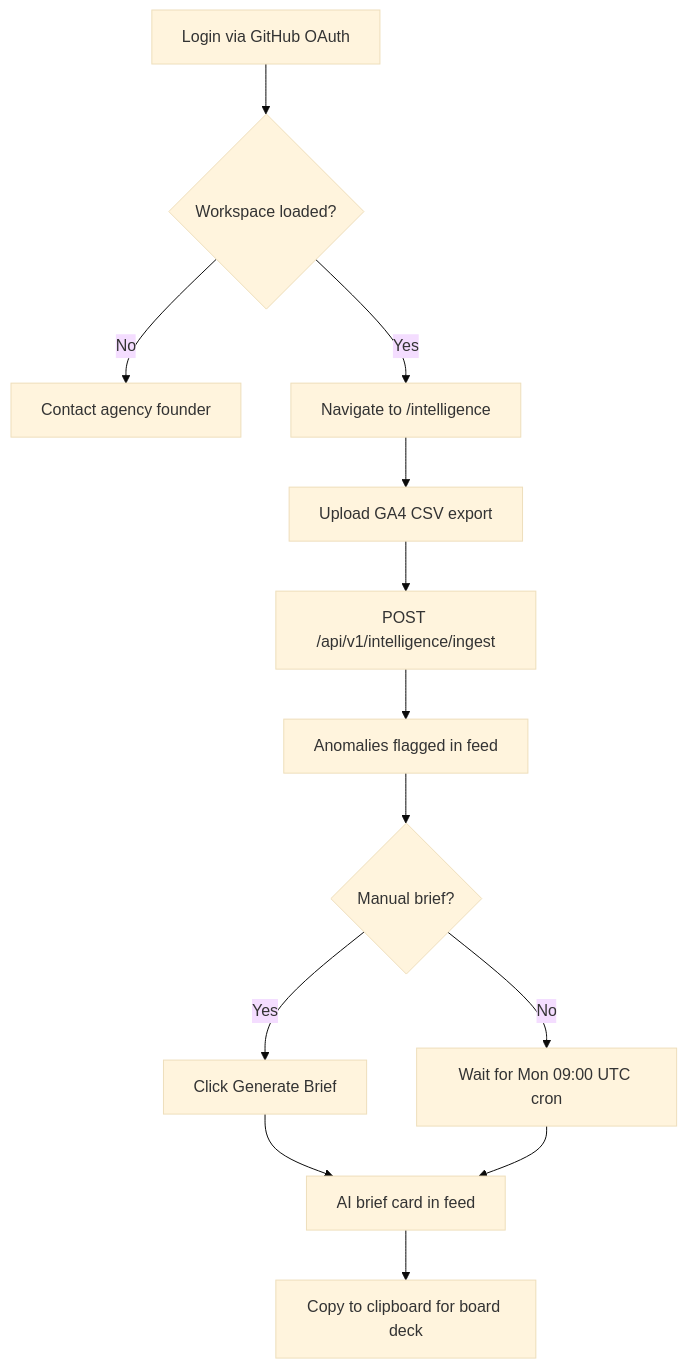
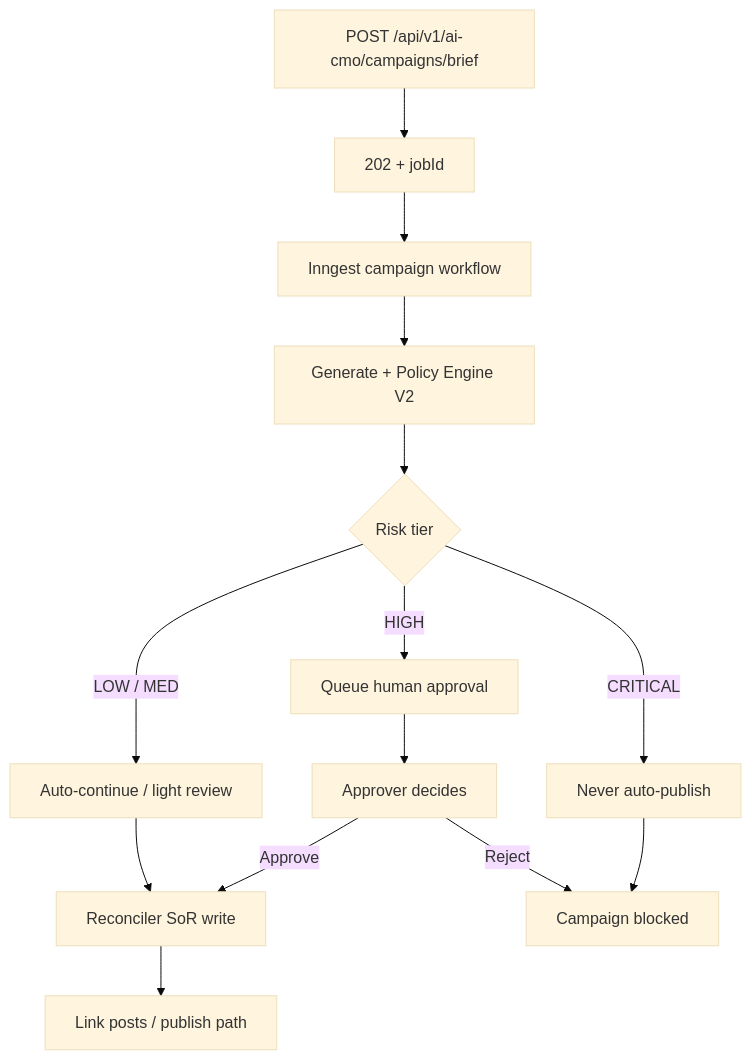
One commit to waleedhewalla78-sudo/NEXUS changed the second of 4 diagrams in nexus-social-app/docs/NEXUS-PRD.md. Above: the diagram before and after it, drawn with Mermaid (base theme). The commit also changed other lines of this file and 3 other files, not shown here.

````diff
--- a/nexus-social-app/docs/NEXUS-PRD.md
+++ b/nexus-social-app/docs/NEXUS-PRD.md
@@ -286,15 +357,16 @@
 ```mermaid
 flowchart TD
-    A[Login via GitHub OAuth] --> B{Workspace loaded?}
-    B -->|No| C[Contact agency founder]
-    B -->|Yes| D[Navigate to /intelligence]
-    D --> E[Upload GA4 CSV export]
-    E --> F[POST /api/v1/intelligence/ingest]
-    F --> G[Anomalies flagged in feed]
-    G --> H{Manual brief?}
-    H -->|Yes| I[Click Generate Brief]
-    H -->|No| J[Wait for Mon 09:00 UTC cron]
-    I --> K[AI brief card in feed]
-    J --> K
-    K --> L[Copy to clipboard for board deck]
+    A[POST /api/v1/ai-cmo/campaigns/brief] --> B[202 + jobId]
+    B --> C[Inngest campaign workflow]
+    C --> D[Generate + Policy Engine V2]
+    D --> E{Risk tier}
+    E -->|LOW / MED| F[Auto-continue / light review]
+    E -->|HIGH| G[Queue human approval]
+    E -->|CRITICAL| H[Never auto-publish]
+    G --> I[Approver decides]
+    I -->|Approve| J[Reconciler SoR write]
+    I -->|Reject| K[Campaign blocked]
+    H --> K
+    F --> J
+    J --> L[Link posts / publish path]
 ```
````
